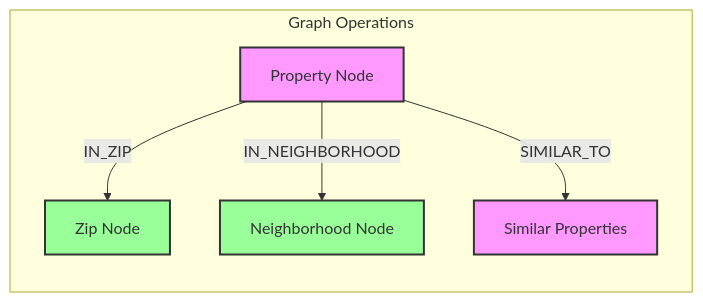
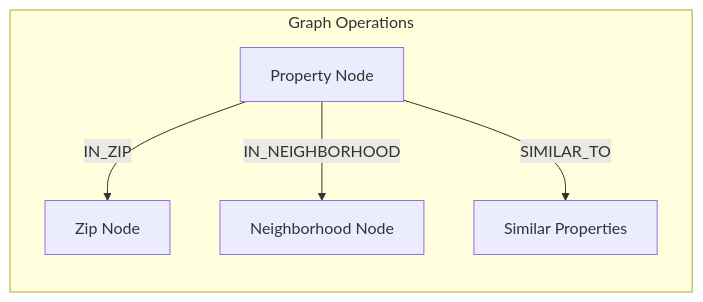
The fifth of 29 diagrams in ARCHITECTURE.md (sisterai/estate-assistant-system), drawn with Mermaid before and after one commit. The commit also changed other lines of this file and 36 other files, not shown here.

````diff
--- a/ARCHITECTURE.md
+++ b/ARCHITECTURE.md
@@ -250,18 +250,16 @@
 ```mermaid
 graph LR
   subgraph "Graph Operations"
     Property[Property Node]
     Zip[Zip Node]
     Hood[Neighborhood Node]
     Similar[Similar Properties]
   end
 
   Property -->|IN_ZIP| Zip
   Property -->|IN_NEIGHBORHOOD| Hood
   Property -->|SIMILAR_TO| Similar
 
-  classDef property fill:#f9f,stroke:#333,stroke-width:2px
-  classDef location fill:#9f9,stroke:#333,stroke-width:2px
   class Property,Similar property
   class Zip,Hood location
 ```
````
